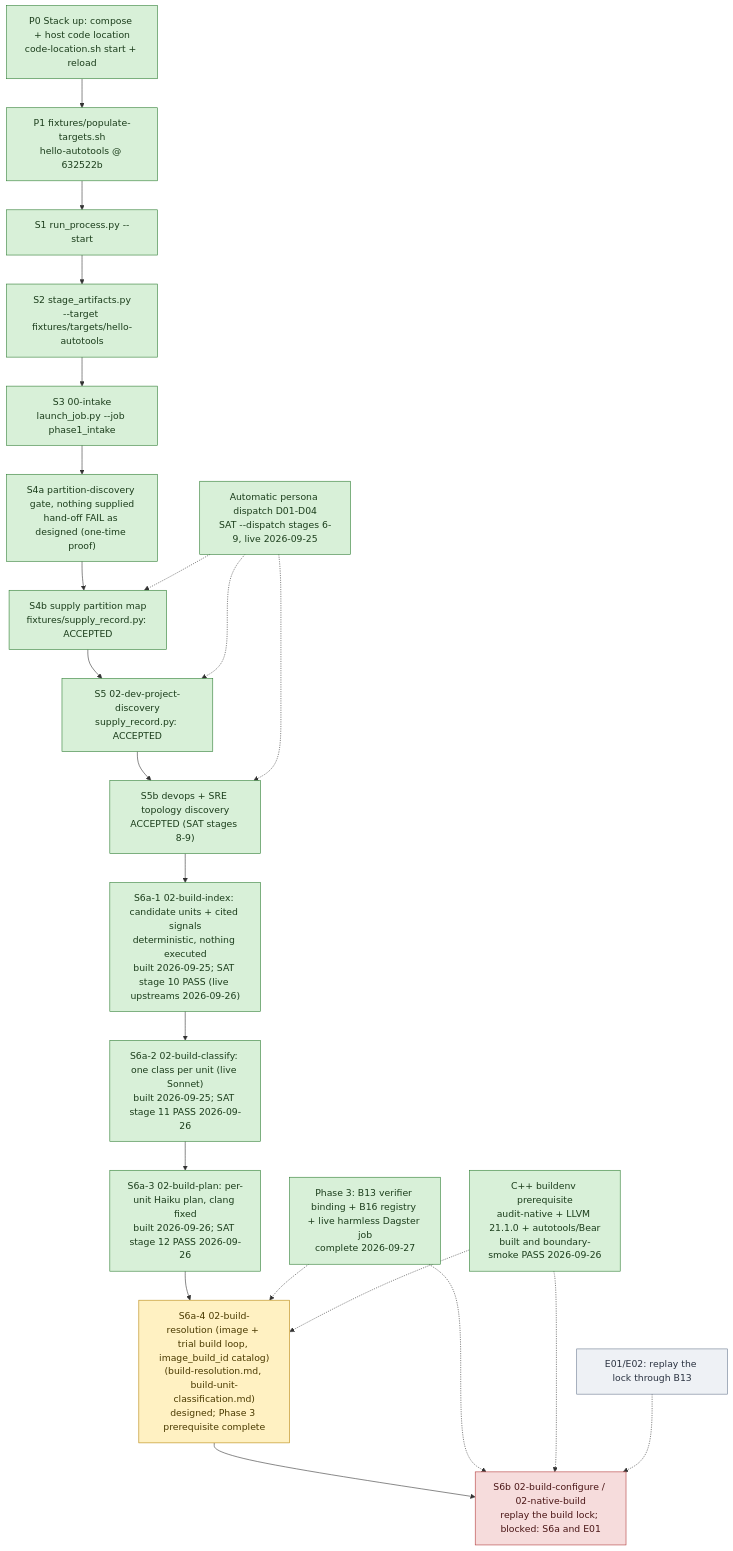
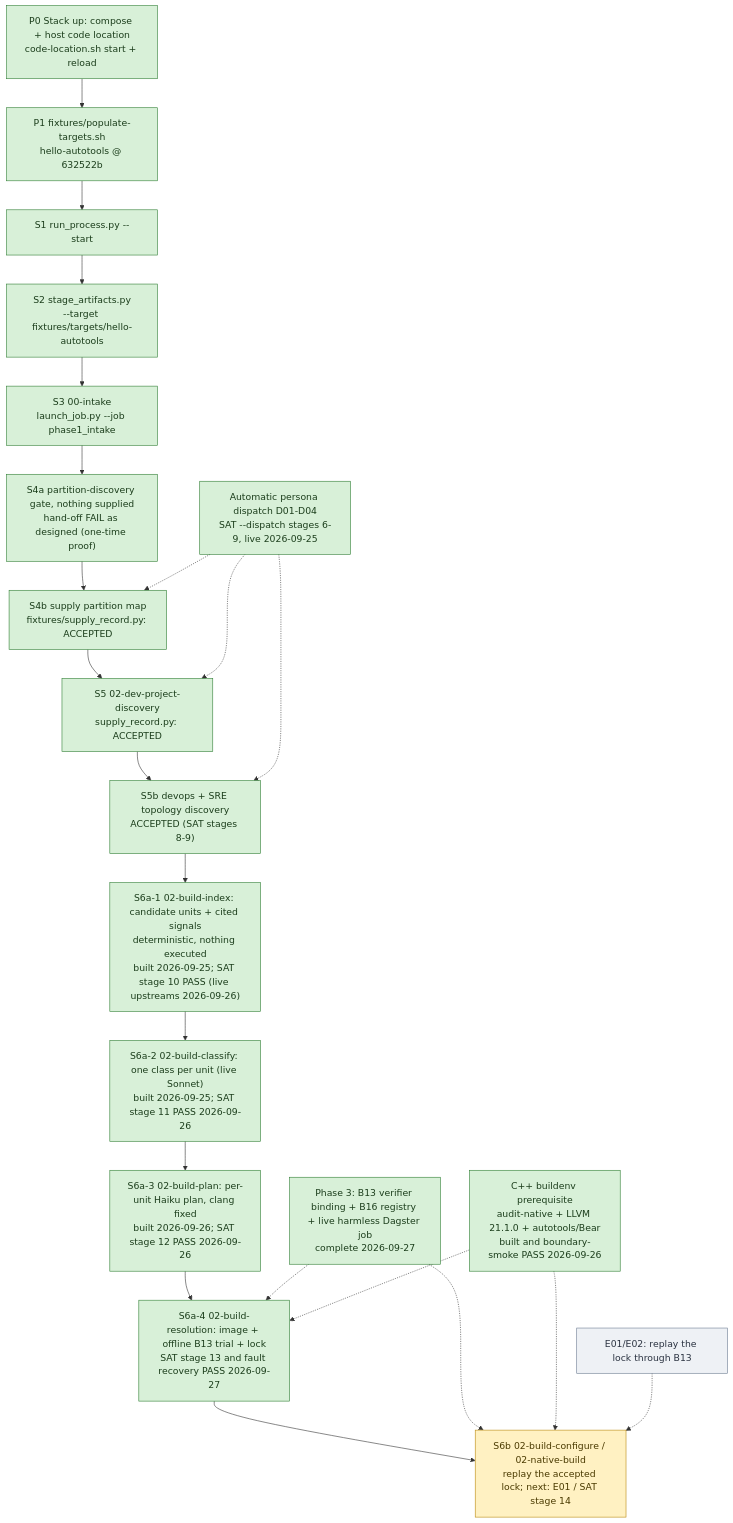
Before and after one commit to wsollers/appsec-review: the diagram in docs/processes/flow-bringup.md, drawn with Mermaid. The commit also changed other lines of this file and 59 other files, not shown here.

Commit message:
Implement and qualify build resolution stage 13

````diff
--- a/docs/processes/flow-bringup.md
+++ b/docs/processes/flow-bringup.md
@@ -20,36 +20,36 @@
 ```mermaid
 flowchart TD
   P0["P0 Stack up: compose + host code location<br/>code-location.sh start + reload"]:::done
   P1["P1 fixtures/populate-targets.sh<br/>hello-autotools @ 632522b"]:::done
   S1["S1 run_process.py --start"]:::done
   S2["S2 stage_artifacts.py<br/>--target fixtures/targets/hello-autotools"]:::done
   S3["S3 00-intake<br/>launch_job.py --job phase1_intake"]:::done
   S4a["S4a partition-discovery gate, nothing supplied<br/>hand-off FAIL as designed (one-time proof)"]:::done
   S4b["S4b supply partition map<br/>fixtures/supply_record.py: ACCEPTED"]:::done
   S5["S5 02-dev-project-discovery<br/>supply_record.py: ACCEPTED"]:::done
   S5b["S5b devops + SRE topology discovery<br/>ACCEPTED (SAT stages 8-9)"]:::done
   AD["Automatic persona dispatch D01-D04<br/>SAT --dispatch stages 6-9, live 2026-09-25"]:::done
   S6i["S6a-1 02-build-index: candidate units + cited signals<br/>deterministic, nothing executed<br/>built 2026-09-25; SAT stage 10 PASS (live upstreams 2026-09-26)"]:::done
   S6c["S6a-2 02-build-classify: one class per unit (live Sonnet)<br/>built 2026-09-25; SAT stage 11 PASS 2026-09-26"]:::done
   S6p["S6a-3 02-build-plan: per-unit Haiku plan, clang fixed<br/>built 2026-09-26; SAT stage 12 PASS 2026-09-26"]:::done
-  S6a["S6a-4 02-build-resolution (image + trial build loop, image_build_id catalog)<br/>(build-resolution.md, build-unit-classification.md)<br/>designed; Phase 3 prerequisite complete"]:::next
+  S6a["S6a-4 02-build-resolution: image + offline B13 trial + lock<br/>SAT stage 13 and fault recovery PASS 2026-09-27"]:::done
   CPP["C++ buildenv prerequisite<br/>audit-native + LLVM 21.1.0 + autotools/Bear<br/>built and boundary-smoke PASS 2026-09-26"]:::done
-  S6["S6b 02-build-configure / 02-native-build<br/>replay the build lock; blocked: S6a and E01"]:::blocked
+  S6["S6b 02-build-configure / 02-native-build<br/>replay the accepted lock; next: E01 / SAT stage 14"]:::next
   B13["Phase 3: B13 verifier binding + B16 registry + live harmless Dagster job<br/>complete 2026-09-27"]:::done
   E01["E01/E02: replay the lock through B13"]:::todo
 
   P0 --> P1 --> S1 --> S2 --> S3 --> S4a --> S4b --> S5 --> S5b --> S6i --> S6c --> S6p --> S6a --> S6
   AD -.-> S4b
   AD -.-> S5
   AD -.-> S5b
   B13 -.-> S6a
   B13 -.-> S6
   CPP -.-> S6a
   CPP -.-> S6
   E01 -.-> S6
 
   classDef done fill:#d8f0d8,stroke:#2e7d32,color:#1b3d1b
   classDef next fill:#fff1c2,stroke:#b8860b,color:#4a3a00
   classDef todo fill:#eef1f5,stroke:#6b7a90,color:#2a3240
   classDef blocked fill:#f6dcdc,stroke:#b23b3b,color:#4a1515
 ```
````
